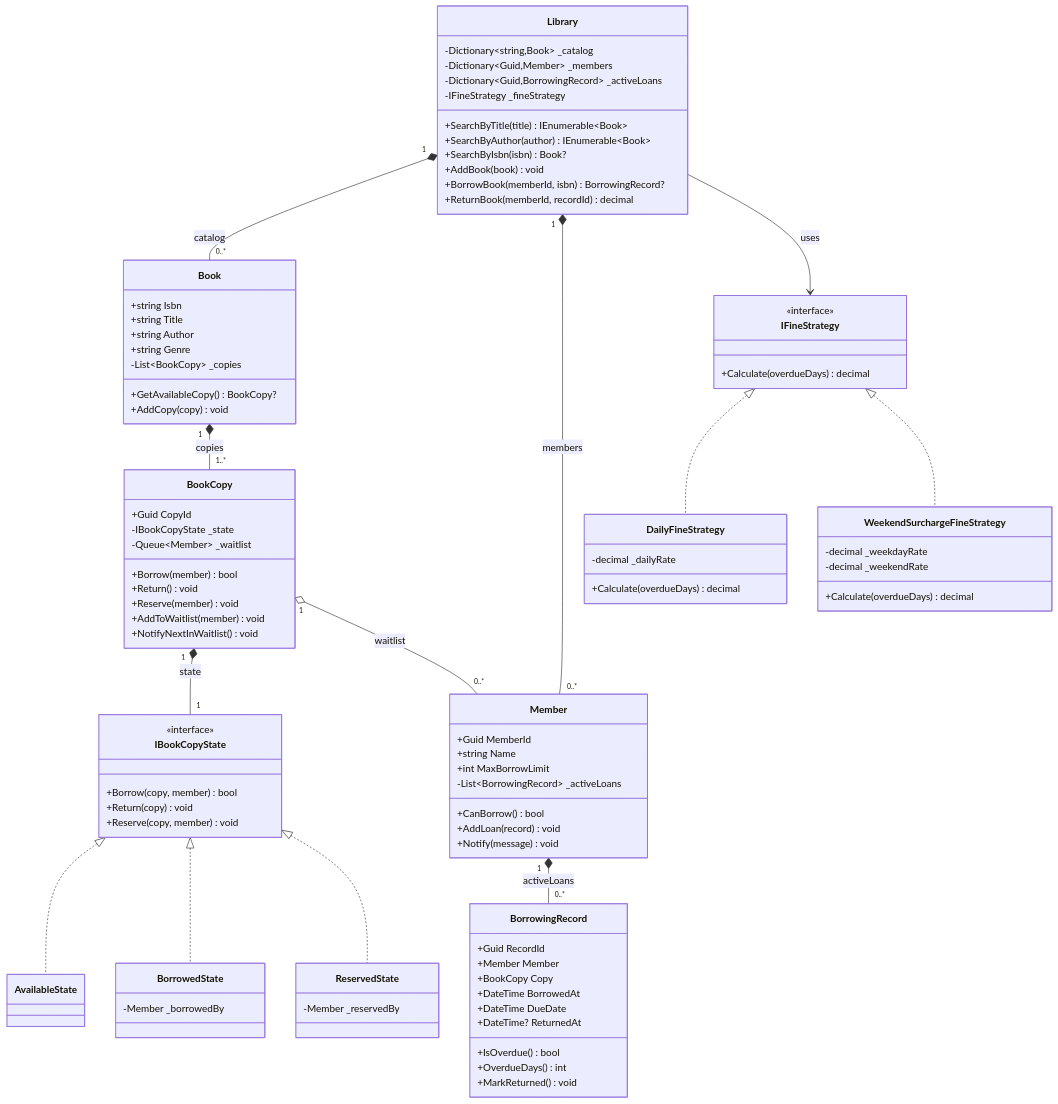
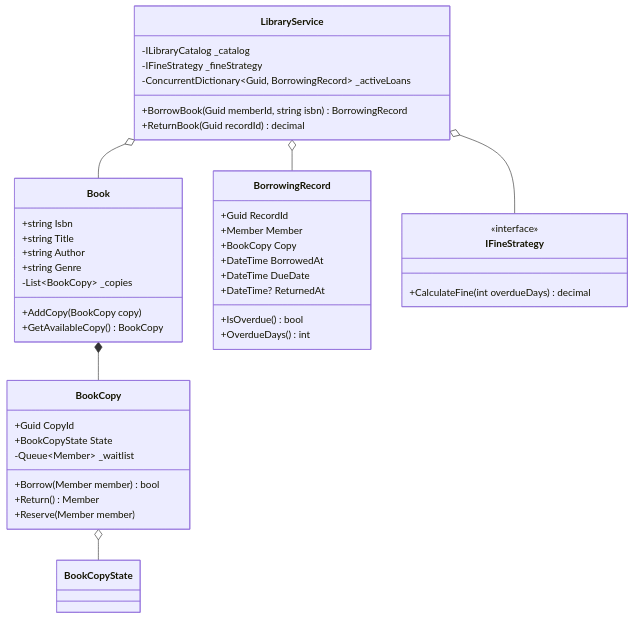
The second of 2 diagrams in LLD/02_Tier2_Classic_LLD/20_Library_Management_System.md (dip4k/DSA_102), drawn with Mermaid before and after one commit. The commit also changed other lines of this file and 50 other files, not shown here.

````diff
--- a/LLD/02_Tier2_Classic_LLD/20_Library_Management_System.md
+++ b/LLD/02_Tier2_Classic_LLD/20_Library_Management_System.md
@@ -37,19 +65,6 @@
 ```mermaid
 classDiagram
     direction TB
-
-    class Library {
-        -Dictionary~string,Book~ _catalog
-        -Dictionary~Guid,Member~ _members
-        -Dictionary~Guid,BorrowingRecord~ _activeLoans
-        -IFineStrategy _fineStrategy
-        +SearchByTitle(title) IEnumerable~Book~
-        +SearchByAuthor(author) IEnumerable~Book~
-        +SearchByIsbn(isbn) Book?
-        +AddBook(book) void
-        +BorrowBook(memberId, isbn) BorrowingRecord?
-        +ReturnBook(memberId, recordId) decimal
-    }
 
     class Book {
         +string Isbn
@@ -57,44 +72,17 @@
         +string Author
         +string Genre
         -List~BookCopy~ _copies
-        +GetAvailableCopy() BookCopy?
-        +AddCopy(copy) void
+        +AddCopy(BookCopy copy)
+        +GetAvailableCopy() BookCopy
     }
 
     class BookCopy {
         +Guid CopyId
-        -IBookCopyState _state
+        +BookCopyState State
         -Queue~Member~ _waitlist
-        +Borrow(member) bool
-        +Return() void
-        +Reserve(member) void
-        +AddToWaitlist(member) void
-        +NotifyNextInWaitlist() void
-    }
-
-    class IBookCopyState {
-        <<interface>>
-        +Borrow(copy, member) bool
-        +Return(copy) void
-        +Reserve(copy, member) void
-    }
-
-    class AvailableState
-    class BorrowedState {
-        -Member _borrowedBy
-    }
-    class ReservedState {
-        -Member _reservedBy
-    }
-
-    class Member {
-        +Guid MemberId
-        +string Name
-        +int MaxBorrowLimit
-        -List~BorrowingRecord~ _activeLoans
-        +CanBorrow() bool
-        +AddLoan(record) void
-        +Notify(message) void
+        +Borrow(Member member) bool
+        +Return() Member
+        +Reserve(Member member)
     }
 
     class BorrowingRecord {
@@ -106,39 +94,24 @@
         +DateTime? ReturnedAt
         +IsOverdue() bool
         +OverdueDays() int
-        +MarkReturned() void
     }
 
     class IFineStrategy {
         <<interface>>
-        +Calculate(overdueDays) decimal
+        +CalculateFine(int overdueDays) decimal
     }
 
-    class DailyFineStrategy {
-        -decimal _dailyRate
-        +Calculate(overdueDays) decimal
+    class LibraryService {
+        -ILibraryCatalog _catalog
+        -IFineStrategy _fineStrategy
+        -ConcurrentDictionary~Guid, BorrowingRecord~ _activeLoans
+        +BorrowBook(Guid memberId, string isbn) BorrowingRecord
+        +ReturnBook(Guid recordId) decimal
     }
 
-    class WeekendSurchargeFineStrategy {
-        -decimal _weekdayRate
-        -decimal _weekendRate
-        +Calculate(overdueDays) decimal
-    }
-
-    Library "1" *-- "0..*" Book : catalog
-    Library "1" *-- "0..*" Member : members
-    Library --> IFineStrategy : uses
-
-    Book "1" *-- "1..*" BookCopy : copies
-    BookCopy "1" *-- "1" IBookCopyState : state
-    BookCopy "1" o-- "0..*" Member : waitlist
-
-    IBookCopyState <|.. AvailableState
-    IBookCopyState <|.. BorrowedState
-    IBookCopyState <|.. ReservedState
-
-    IFineStrategy <|.. DailyFineStrategy
-    IFineStrategy <|.. WeekendSurchargeFineStrategy
-
-    Member "1" *-- "0..*" BorrowingRecord : activeLoans
+    Book *-- BookCopy
+    BookCopy o-- BookCopyState
+    LibraryService o-- Book
+    LibraryService o-- IFineStrategy
+    LibraryService o-- BorrowingRecord
 ```
````
